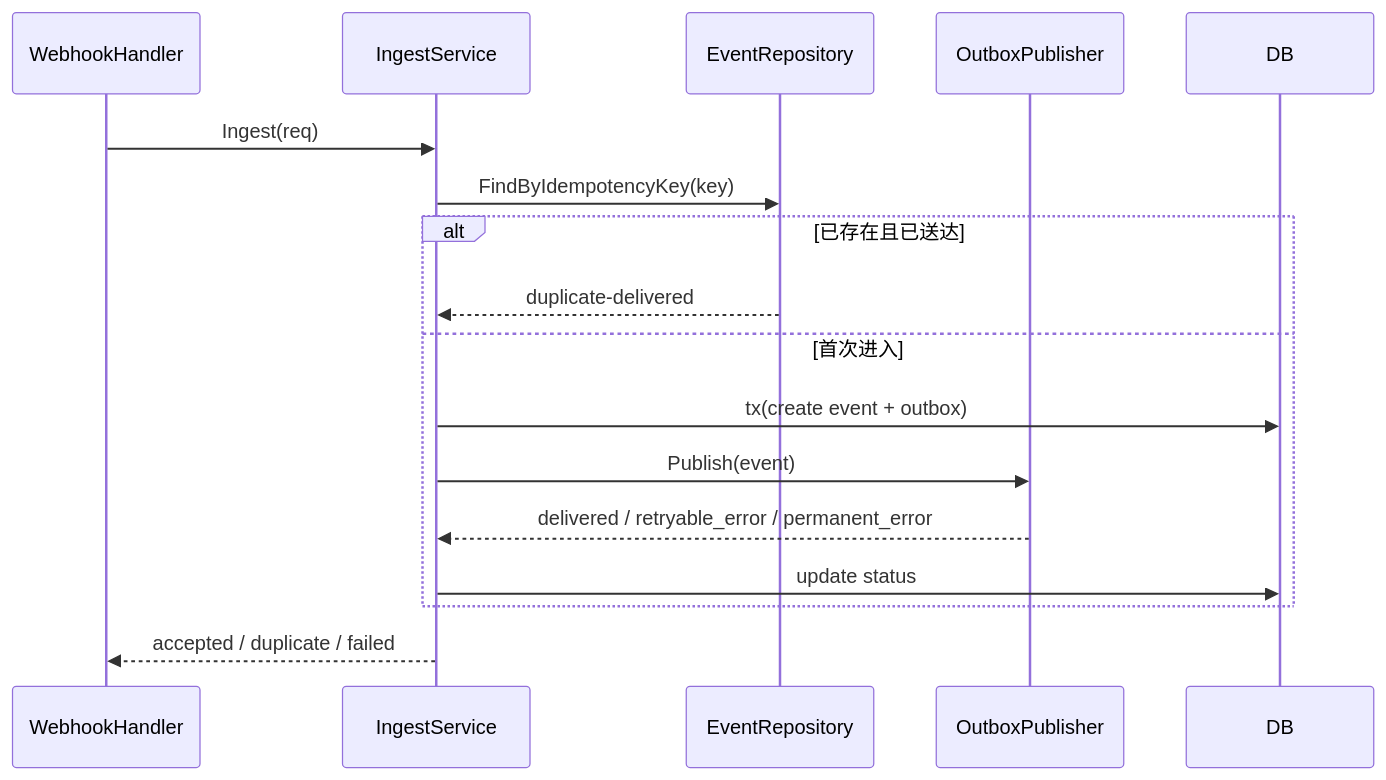
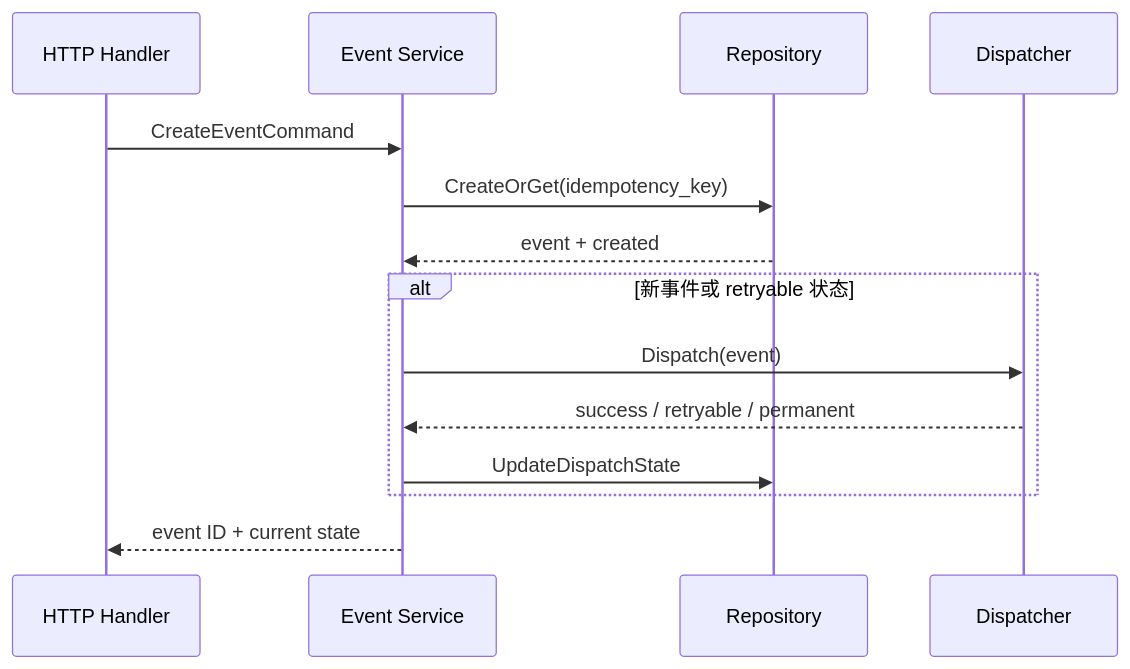
Before and after one commit to SisyphusSQ/mongo-overview-tool: the diagram in .agents/plans/EXAMPLE-implementation.md, drawn with Mermaid. The commit also changed other lines of this file and 21 other files, not shown here.

````diff
--- a/.agents/plans/EXAMPLE-implementation.md
+++ b/.agents/plans/EXAMPLE-implementation.md
@@ -179,20 +65,16 @@
 ```mermaid
 sequenceDiagram
-    participant H as WebhookHandler
-    participant S as IngestService
-    participant R as EventRepository
-    participant O as OutboxPublisher
-    participant D as DB
-
-    H->>S: Ingest(req)
-    S->>R: FindByIdempotencyKey(key)
-    alt 已存在且已送达
-        R-->>S: duplicate-delivered
-    else 首次进入
-        S->>D: tx(create event + outbox)
-        S->>O: Publish(event)
-        O-->>S: delivered / retryable_error / permanent_error
-        S->>D: update status
+    participant H as HTTP Handler
+    participant S as Event Service
+    participant R as Repository
+    participant D as Dispatcher
+    H->>S: CreateEventCommand
+    S->>R: CreateOrGet(idempotency_key)
+    R-->>S: event + created
+    alt 新事件或 retryable 状态
+        S->>D: Dispatch(event)
+        D-->>S: success / retryable / permanent
+        S->>R: UpdateDispatchState
     end
-    S-->>H: accepted / duplicate / failed
+    S-->>H: event ID + current state
 ```
````
